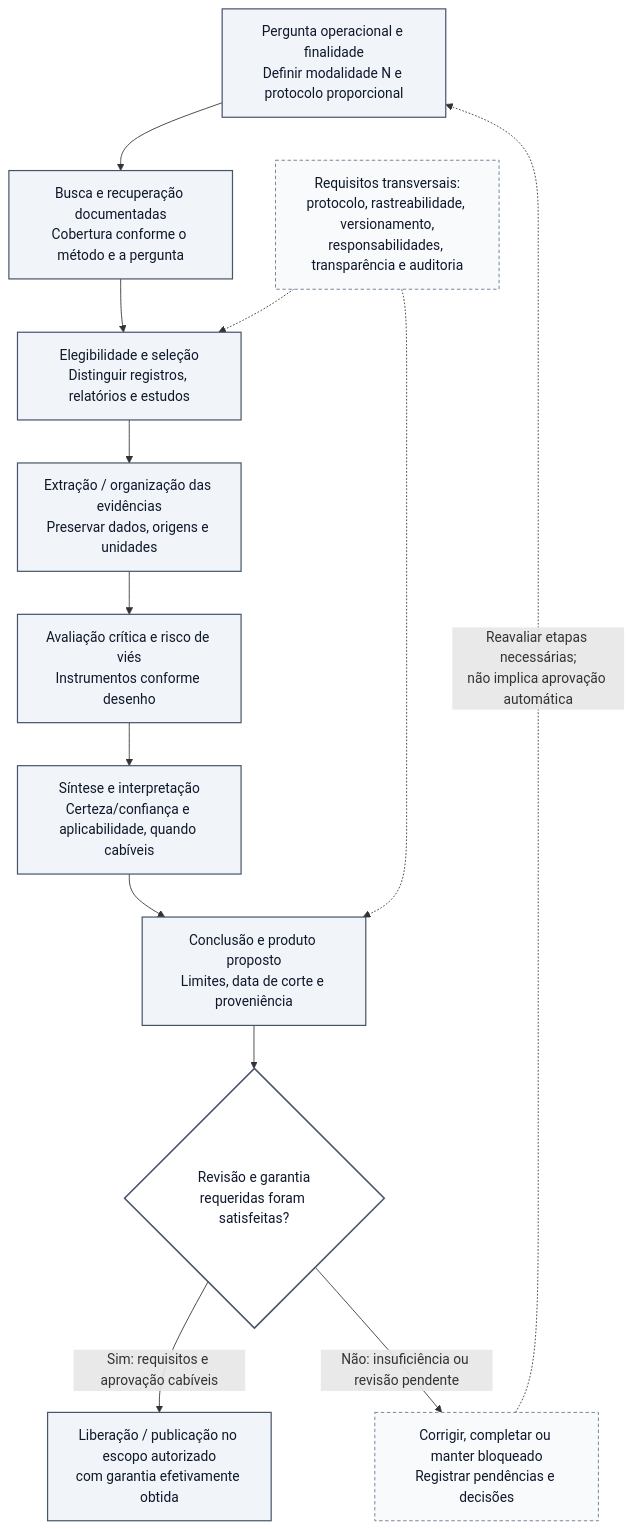
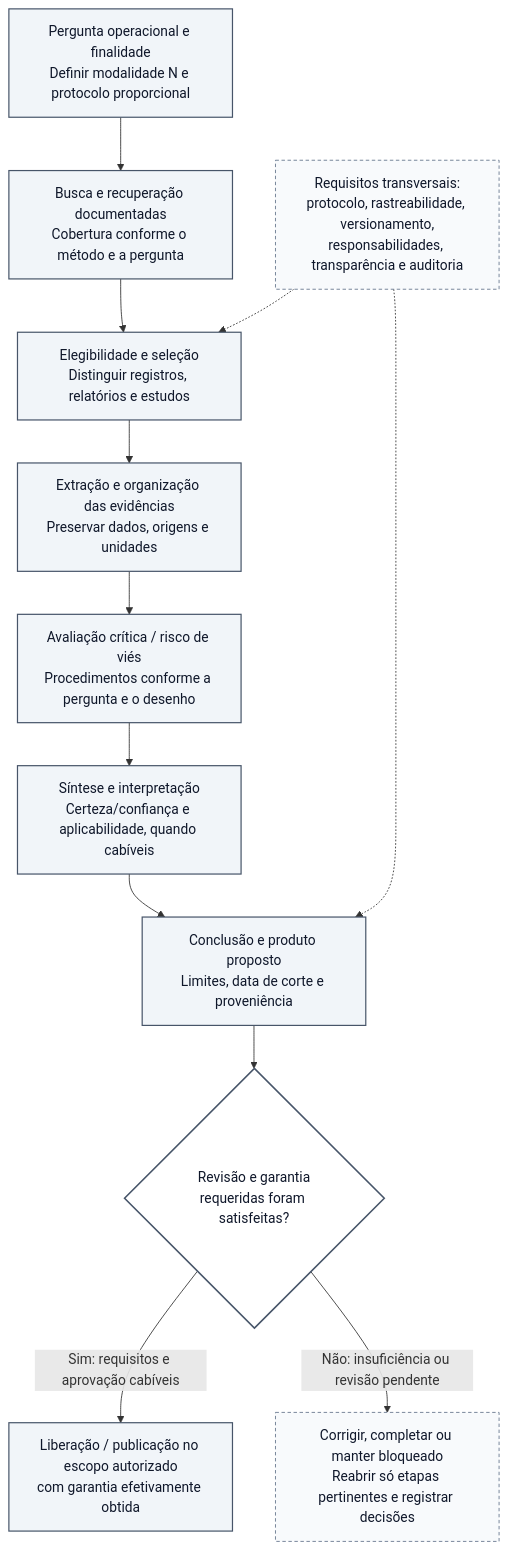
The diagram in docs/scientific-communication/figuras/figura-03-fluxo-metodologico-prototipo.md (rogerio-raposo/observatorio-evidencias-saude), drawn with Mermaid before and after one commit. The commit also changed other lines of this file, not shown here.

Commit message:
docs: review Figure 3 correction path and method-dependent workflow

````diff
--- a/docs/scientific-communication/figuras/figura-03-fluxo-metodologico-prototipo.md
+++ b/docs/scientific-communication/figuras/figura-03-fluxo-metodologico-prototipo.md
@@ -13,29 +13,28 @@
 ```mermaid
 flowchart TB
     Q["Pergunta operacional e finalidade<br/>Definir modalidade N e protocolo proporcional"]
     B["Busca e recuperação documentadas<br/>Cobertura conforme o método e a pergunta"]
     E["Elegibilidade e seleção<br/>Distinguir registros, relatórios e estudos"]
-    X["Extração / organização das evidências<br/>Preservar dados, origens e unidades"]
-    R["Avaliação crítica e risco de viés<br/>Instrumentos conforme desenho"]
+    X["Extração e organização das evidências<br/>Preservar dados, origens e unidades"]
+    R["Avaliação crítica / risco de viés<br/>Procedimentos conforme a pergunta e o desenho"]
     S["Síntese e interpretação<br/>Certeza/confiança e aplicabilidade, quando cabíveis"]
     C["Conclusão e produto proposto<br/>Limites, data de corte e proveniência"]
     G{"Revisão e garantia<br/>requeridas foram satisfeitas?"}
     P["Liberação / publicação no escopo autorizado<br/>com garantia efetivamente obtida"]
-    K["Corrigir, completar ou manter bloqueado<br/>Registrar pendências e decisões"]
+    K["Corrigir, completar ou manter bloqueado<br/>Reabrir só etapas pertinentes e registrar decisões"]
 
     Q --> B --> E --> X --> R --> S --> C --> G
     G -- "Sim: requisitos e aprovação cabíveis" --> P
     G -- "Não: insuficiência ou revisão pendente" --> K
-    K -. "Reavaliar etapas necessárias;<br/>não implica aprovação automática" .-> Q
 
     T["Requisitos transversais:<br/>protocolo, rastreabilidade, versionamento,<br/>responsabilidades, transparência e auditoria"]
     T -.-> E
     T -.-> C
 
     classDef core fill:#F1F5F9,stroke:#475569,color:#0F172A,stroke-width:1.4px
     classDef decision fill:#FFFFFF,stroke:#475569,color:#0F172A,stroke-width:1.8px
     classDef caution fill:#F8FAFC,stroke:#64748B,color:#0F172A,stroke-dasharray:4 3
     class Q,B,E,X,R,S,C,P core
     class G decision
     class K,T caution
 ```
````
